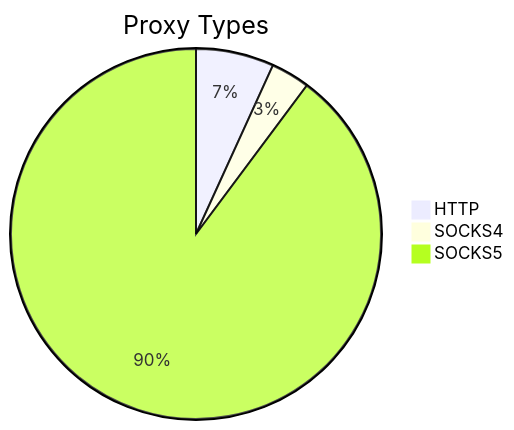
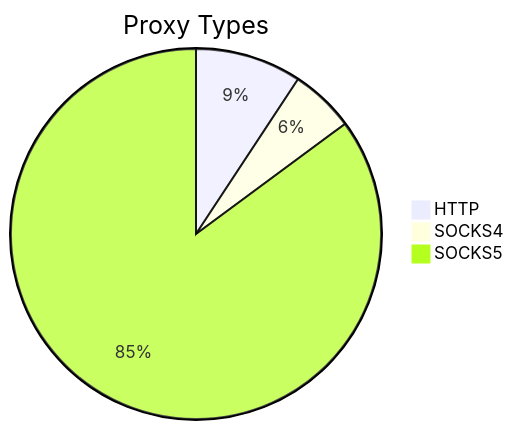
One commit to stormsia/proxy-list changed the first of 2 diagrams in README.md. Above: the diagram before and after it, drawn with Mermaid. The commit also changed other lines of this file, not shown here.

````diff
--- a/README.md
+++ b/README.md
@@ -21,6 +21,6 @@
 ```mermaid
 pie title Proxy Types
-    "HTTP" : 249
-    "SOCKS4" : 124
-    "SOCKS5" : 3283
+    "HTTP" : 187
+    "SOCKS4" : 113
+    "SOCKS5" : 1717
 ```
````
